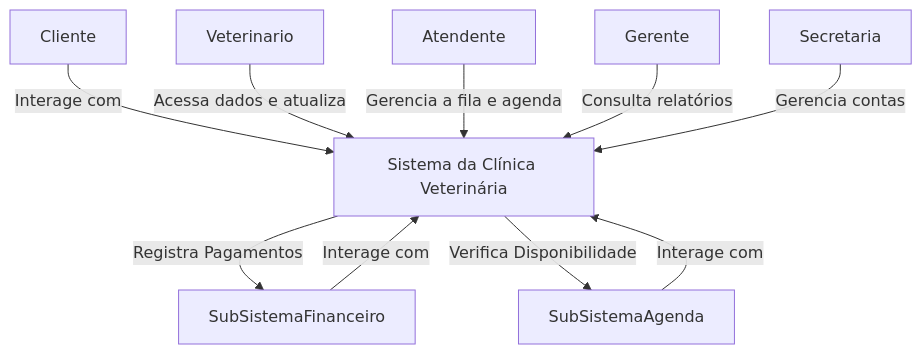
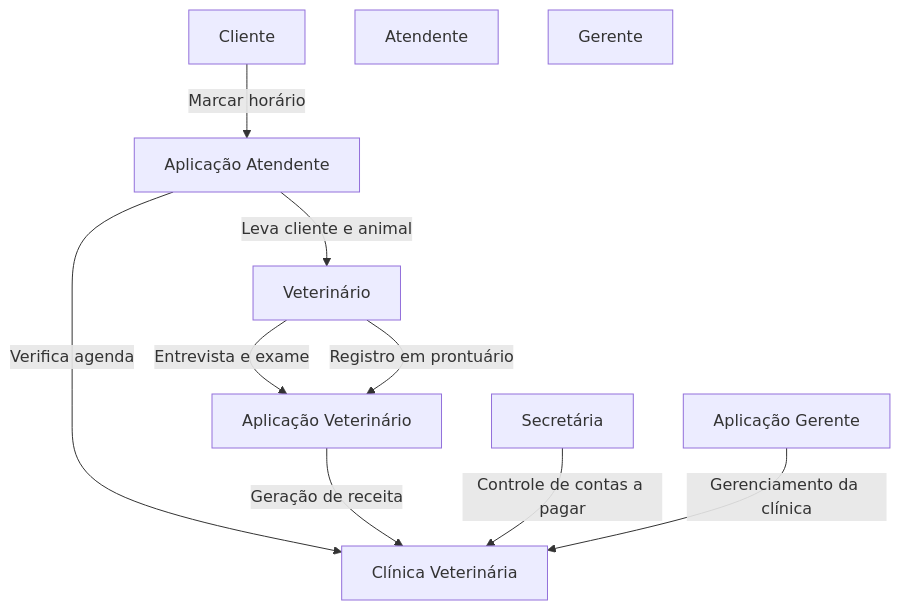
One commit to monteiro74/nome_sobrenome2 changed the second of 4 diagrams in README.md. Above: the diagram before and after it, drawn with Mermaid. The commit also changed other lines of this file, not shown here.

````diff
--- a/README.md
+++ b/README.md
@@ -157,15 +157,23 @@
 ```mermaid
-graph TD
-    Cliente -->|Interage com| SistemaClinicaVeterinaria
-    Veterinario -->|Acessa dados e atualiza| SistemaClinicaVeterinaria
-    Atendente -->|Gerencia a fila e agenda| SistemaClinicaVeterinaria
-    Gerente -->|Consulta relatórios| SistemaClinicaVeterinaria
-    Secretaria -->|Gerencia contas| SistemaClinicaVeterinaria
-    SubSistemaFinanceiro -->|Interage com| SistemaClinicaVeterinaria
-    SubSistemaAgenda -->|Interage com| SistemaClinicaVeterinaria
+%%{init: {"theme": "default"}}%%
+graph TB
+    Cliente[Cliente]
+    Atendente[Atendente]
+    Veterinario[Veterinário]
+    Secretária[Secretária]
+    Gerente[Gerente]
+    AplicacaoAtendente[Aplicação Atendente]
+    AplicacaoVeterinario[Aplicação Veterinário]
+    AplicacaoGerente[Aplicação Gerente]
+    Clínica[Clínica Veterinária]
 
-    SistemaClinicaVeterinaria["Sistema da Clínica Veterinária"] -->|Registra Pagamentos| SubSistemaFinanceiro
-    SistemaClinicaVeterinaria -->|Verifica Disponibilidade| SubSistemaAgenda
-
+    Cliente -->|Marcar horário| AplicacaoAtendente
+    AplicacaoAtendente -->|Verifica agenda| Clínica
+    AplicacaoAtendente -->|Leva cliente e animal| Veterinario
+    Veterinario -->|Entrevista e exame| AplicacaoVeterinario
+    Veterinario -->|Registro em prontuário| AplicacaoVeterinario
+    AplicacaoVeterinario -->|Geração de receita| Clínica
+    Secretária -->|Controle de contas a pagar| Clínica
+    AplicacaoGerente -->|Gerenciamento da clínica| Clínica
     
 ```
````
